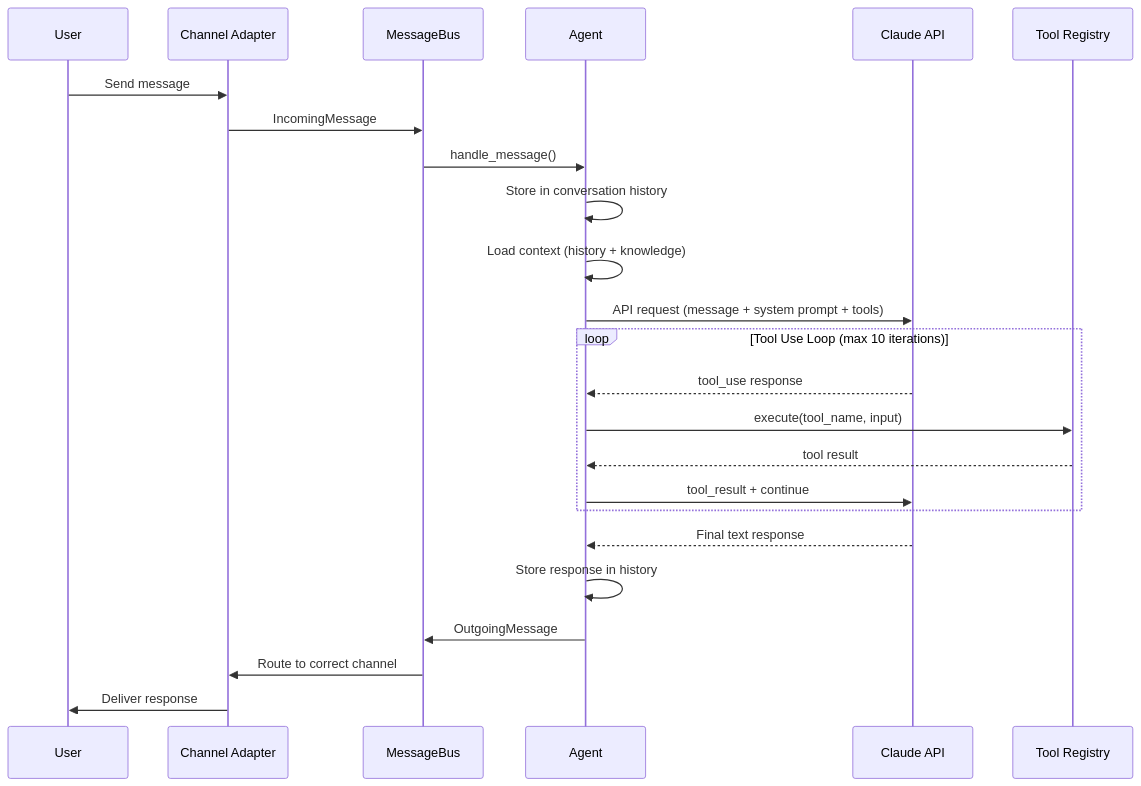
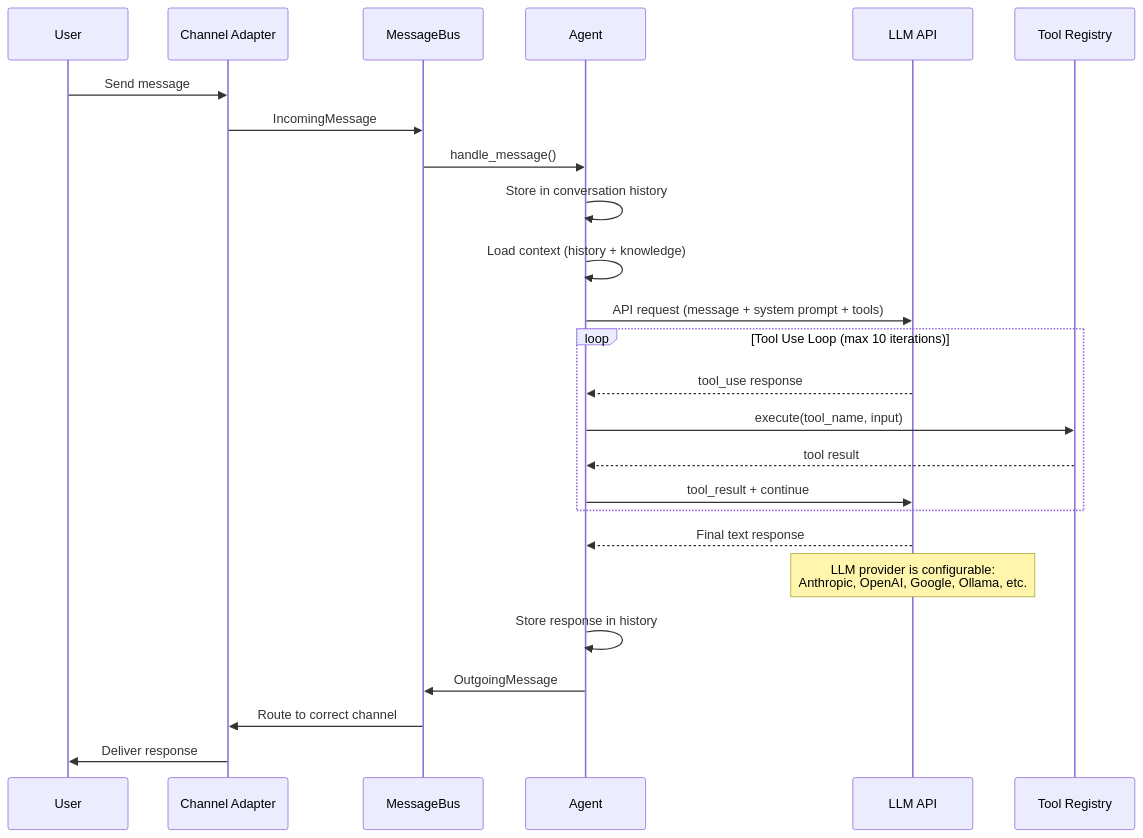
One commit to kavymi/meepo changed the second of 15 diagrams in docs/architecture.md. Above: the diagram before and after it, drawn with Mermaid. The commit also changed other lines of this file and 85 other files, not shown here.

````diff
--- a/docs/architecture.md
+++ b/docs/architecture.md
@@ -36,29 +36,31 @@
 ```mermaid
 sequenceDiagram
     participant User
     participant Channel as Channel Adapter
     participant Bus as MessageBus
     participant Agent
-    participant Claude as Claude API
+    participant Claude as LLM API
     participant Tools as Tool Registry
 
     User->>Channel: Send message
     Channel->>Bus: IncomingMessage
     Bus->>Agent: handle_message()
     Agent->>Agent: Store in conversation history
     Agent->>Agent: Load context (history + knowledge)
     Agent->>Claude: API request (message + system prompt + tools)
 
     loop Tool Use Loop (max 10 iterations)
         Claude-->>Agent: tool_use response
         Agent->>Tools: execute(tool_name, input)
         Tools-->>Agent: tool result
         Agent->>Claude: tool_result + continue
     end
 
     Claude-->>Agent: Final text response
+
+    Note over Claude: LLM provider is configurable:<br/>Anthropic, OpenAI, Google, Ollama, etc.
     Agent->>Agent: Store response in history
     Agent->>Bus: OutgoingMessage
     Bus->>Channel: Route to correct channel
     Channel->>User: Deliver response
 ```
````
